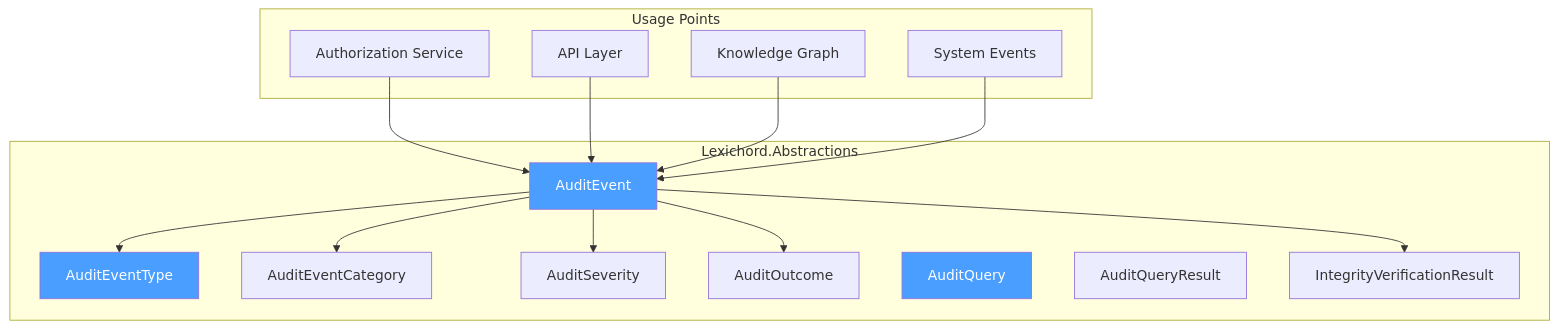
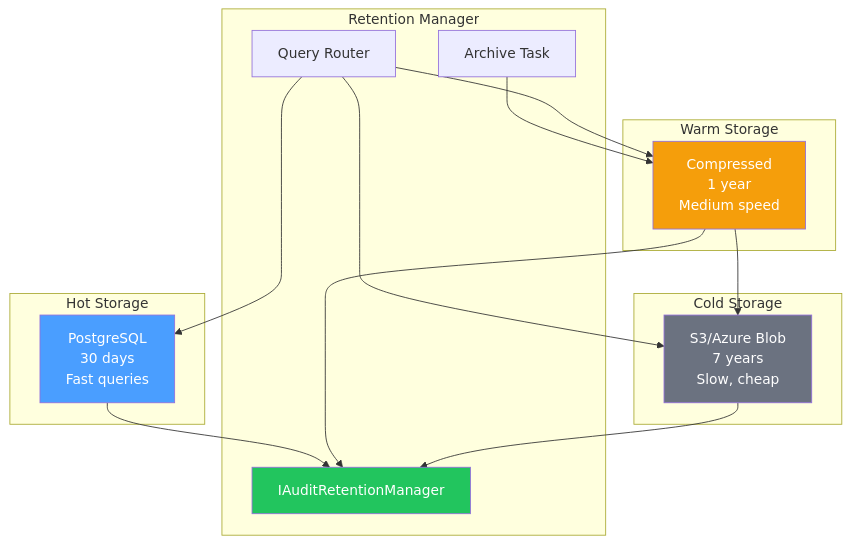
One commit to southpawriter02/lexichord changed the diagram in docs/specs/v0.11.x/v0.11.2/LCS-DES-v0.11.2-SEC-e.md. Above: the diagram before and after it, drawn with Mermaid. The commit also changed other lines of this file and 74 other files, not shown here.

````diff
--- a/docs/specs/v0.11.x/v0.11.2/LCS-DES-v0.11.2-SEC-e.md
+++ b/docs/specs/v0.11.x/v0.11.2/LCS-DES-v0.11.2-SEC-e.md
@@ -62,35 +57,35 @@
 ```mermaid
 graph TB
-    subgraph "Lexichord.Abstractions"
-        AE[AuditEvent]
-        AET[AuditEventType]
-        AEC[AuditEventCategory]
-        AS[AuditSeverity]
-        AO[AuditOutcome]
-        AQ[AuditQuery]
-        AQR[AuditQueryResult]
-        IVR[IntegrityVerificationResult]
+    subgraph "Hot Storage"
+        PG["PostgreSQL<br/>30 days<br/>Fast queries"]
     end
 
-    subgraph "Usage Points"
-        AUTH["Authorization Service"]
-        API["API Layer"]
-        KG["Knowledge Graph"]
-        SYS["System Events"]
+    subgraph "Warm Storage"
+        COMP["Compressed<br/>1 year<br/>Medium speed"]
     end
 
-    AUTH --> AE
-    API --> AE
-    KG --> AE
-    SYS --> AE
+    subgraph "Cold Storage"
+        S3["S3/Azure Blob<br/>7 years<br/>Slow, cheap"]
+    end
 
-    AE --> AET
-    AE --> AEC
-    AE --> AS
-    AE --> AO
-    AE --> IVR
+    subgraph "Retention Manager"
+        RET["IAuditRetentionManager"]
+        MOVE["Archive Task"]
+        QUERY["Query Router"]
+    end
 
-    style AE fill:#4a9eff,color:#fff
-    style AET fill:#4a9eff,color:#fff
-    style AQ fill:#4a9eff,color:#fff
+    PG --> RET
+    COMP --> RET
+    S3 --> RET
+
+    MOVE --> COMP
+    COMP --> S3
+    QUERY --> PG
+    QUERY --> COMP
+    QUERY --> S3
+
+    style PG fill:#4a9eff,color:#fff
+    style COMP fill:#f59e0b,color:#fff
+    style S3 fill:#6b7280,color:#fff
+    style RET fill:#22c55e,color:#fff
 ```
````
